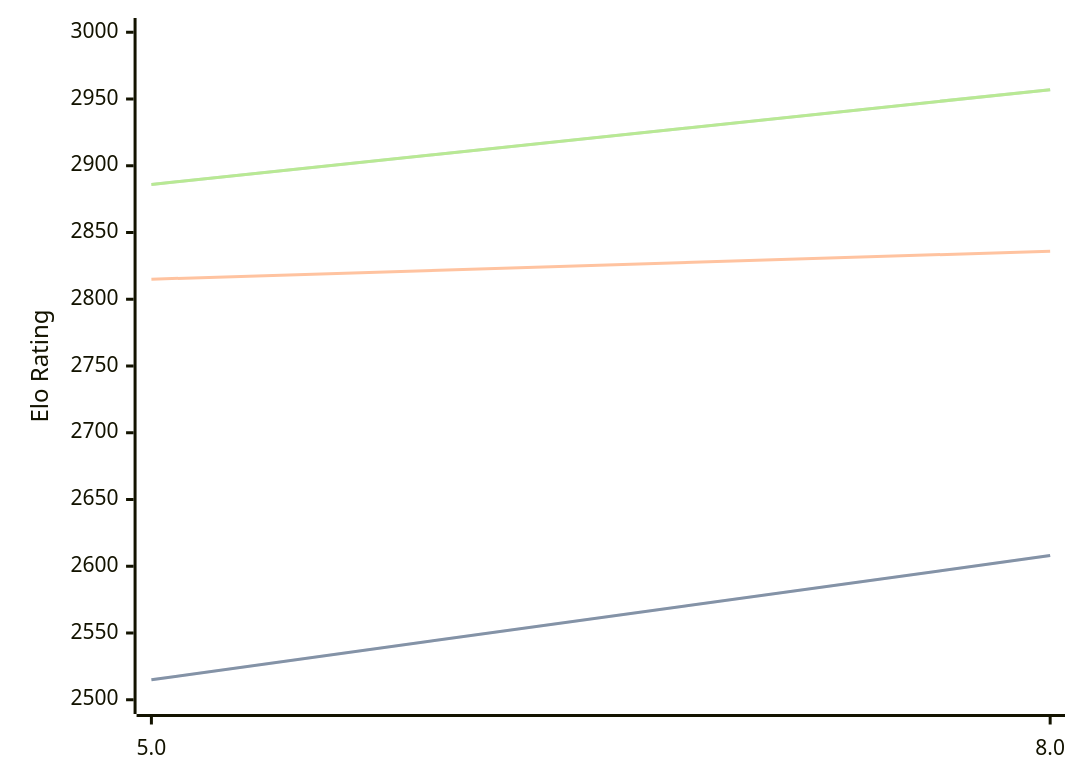
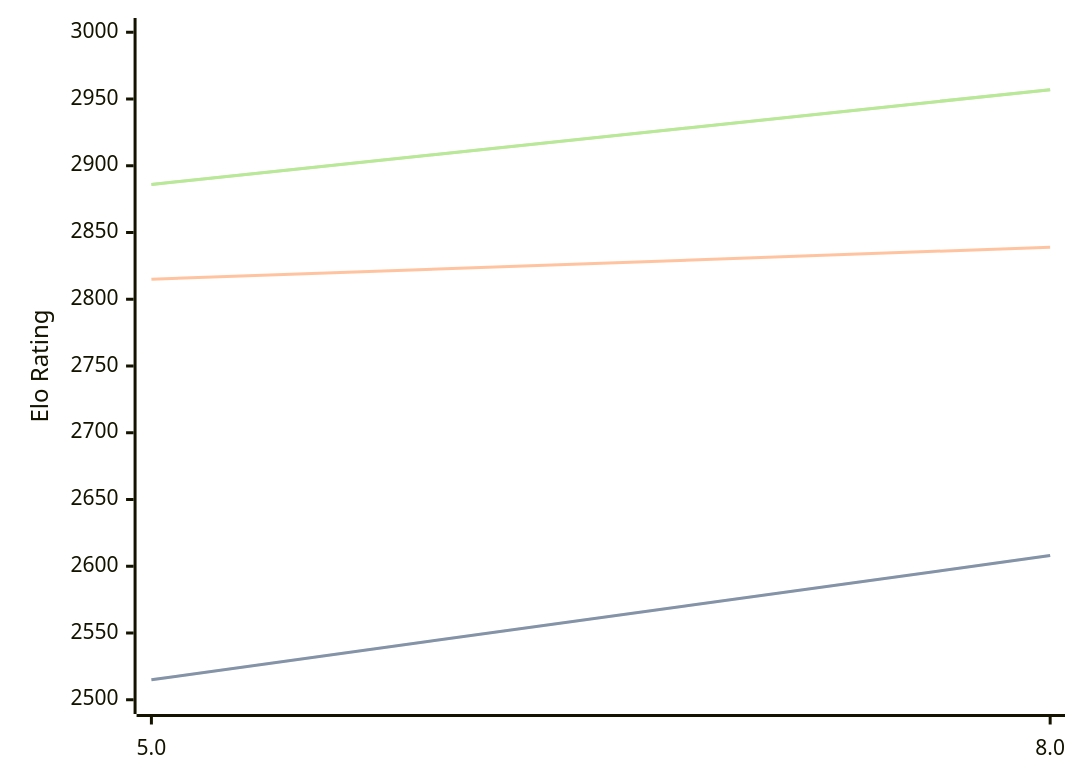
The diagram in engines/4kc.md (computer-chess-index/cci), drawn with Mermaid before and after one commit. The commit also changed other lines of this file, not shown here.

````diff
--- a/engines/4kc.md
+++ b/engines/4kc.md
@@ -41,11 +41,11 @@
 ```mermaid
 %%{init: {"theme":"base","themeVariables":{"seriesColors:['#a3a3a3','#222221','#faa371']}}}%%
 xychart-beta
   x-axis ["5.0", "8.0"]
   y-axis "Elo Rating" 2500 --> 3000
   line "STC (8.0+0.08s)" [2515, 2608]
   line "STC (8.0+0.08s)" [2515, 2608]
-  line "LTC (60.0+0.60s)" [2815, 2836]
+  line "LTC (60.0+0.60s)" [2815, 2839]
   line "VLTC (2m24s+1.12s)" [2886, 2957]
   line "VLTC (2m24s+1.12s)" [2886, 2957]
 ```
````
